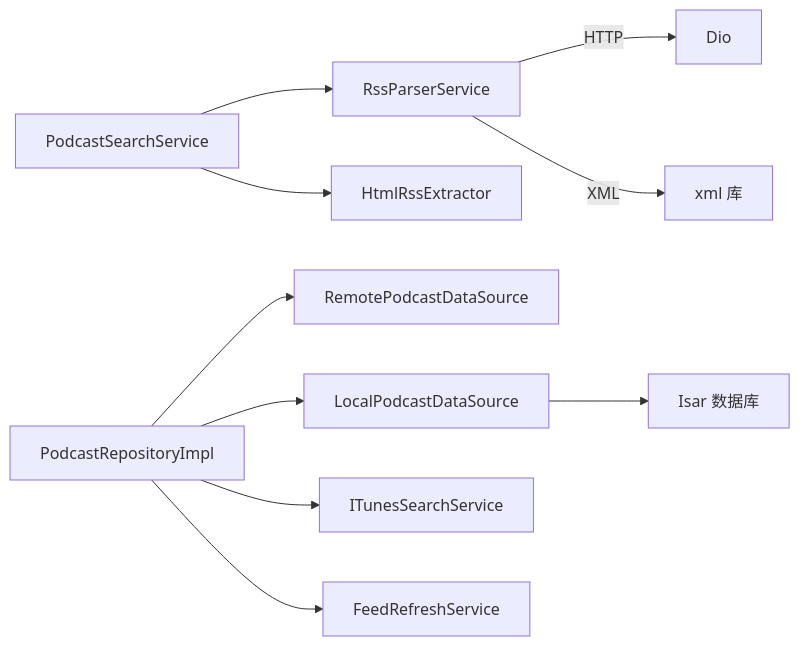
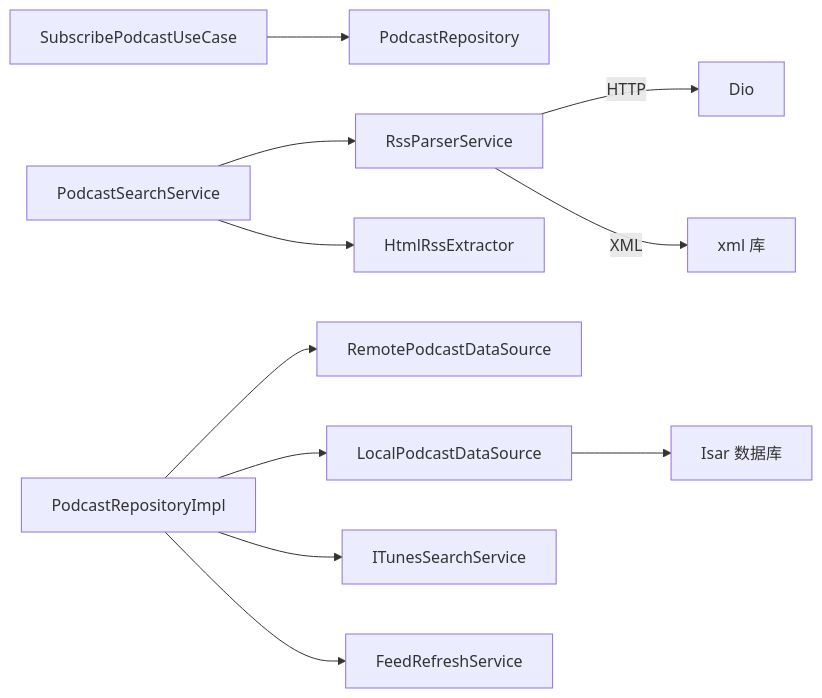
One commit to ZTfer/Tinycast changed the seventh of 7 diagrams in .qoder/repowiki/zh/content/核心功能模块/播客订阅系统/播客订阅系统.md. Above: the diagram before and after it, drawn with Mermaid. The commit also changed other lines of this file and 210 other files, not shown here.

````diff
--- a/.qoder/repowiki/zh/content/核心功能模块/播客订阅系统/播客订阅系统.md
+++ b/.qoder/repowiki/zh/content/核心功能模块/播客订阅系统/播客订阅系统.md
@@ -333,12 +393,13 @@
 ```mermaid
 graph LR
+UseCase["SubscribePodcastUseCase"] --> Repo["PodcastRepository"]
 RSS["RssParserService"] --> |HTTP| Dio["Dio"]
 RSS --> |XML| Xml["xml 库"]
 Search["PodcastSearchService"] --> RSS
 Search --> Extractor["HtmlRssExtractor"]
 RepoImpl["PodcastRepositoryImpl"] --> Remote["RemotePodcastDataSource"]
 RepoImpl --> Local["LocalPodcastDataSource"]
 RepoImpl --> ITunes["ITunesSearchService"]
 RepoImpl --> Feed["FeedRefreshService"]
 Local --> Isar["Isar 数据库"]
 ```
````
